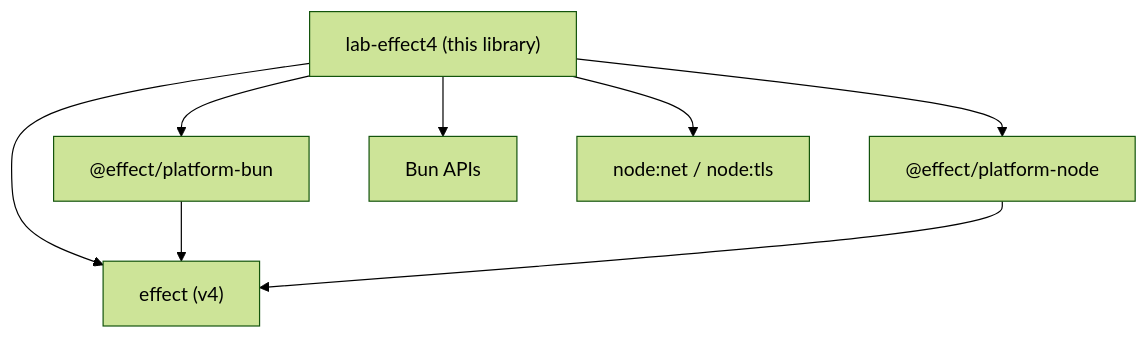
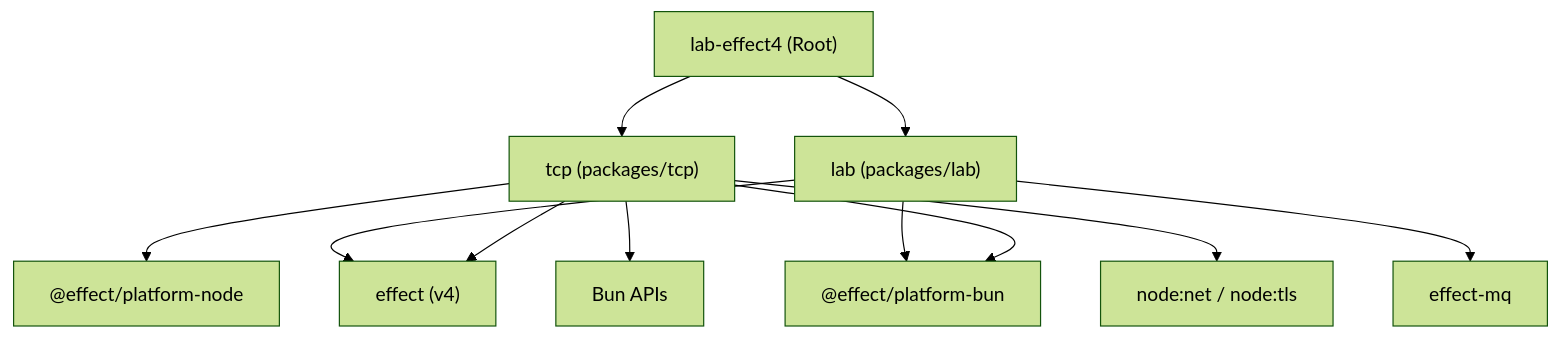
Before and after one commit to 6qat/lab-effect4: the eighth of 8 diagrams in .qoder/repowiki/en/content/Project Overview.md, drawn with Mermaid (forest theme). The commit also changed other lines of this file and 140 other files, not shown here.

````diff
--- a/.qoder/repowiki/en/content/Project Overview.md
+++ b/.qoder/repowiki/en/content/Project Overview.md
@@ -282,16 +307,16 @@
 ```mermaid
 graph TB
-Lib["lab-effect4 (this library)"]
-Eff["effect (v4)"]
-PlatB["@effect/platform-bun"]
-PlatN["@effect/platform-node"]
-BunAPI["Bun APIs"]
-Net["node:net / node:tls"]
-Lib --> Eff
-Lib --> PlatB
-Lib --> PlatN
-PlatB --> Eff
-PlatN --> Eff
-Lib --> BunAPI
-Lib --> Net
+Root["lab-effect4 (Root)"]
+Tcp["tcp (packages/tcp)"]
+Lab["lab (packages/lab)"]
+Root --> Tcp
+Root --> Lab
+Tcp --> Eff["effect (v4)"]
+Tcp --> PlatB["@effect/platform-bun"]
+Tcp --> PlatN["@effect/platform-node"]
+Tcp --> BunAPI["Bun APIs"]
+Tcp --> Net["node:net / node:tls"]
+Lab --> Eff
+Lab --> PlatB
+Lab --> MQ["effect-mq"]
 ```
````
